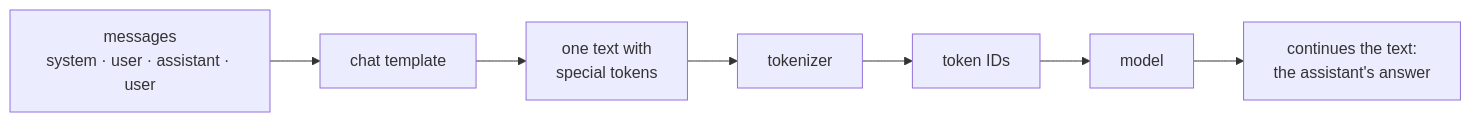
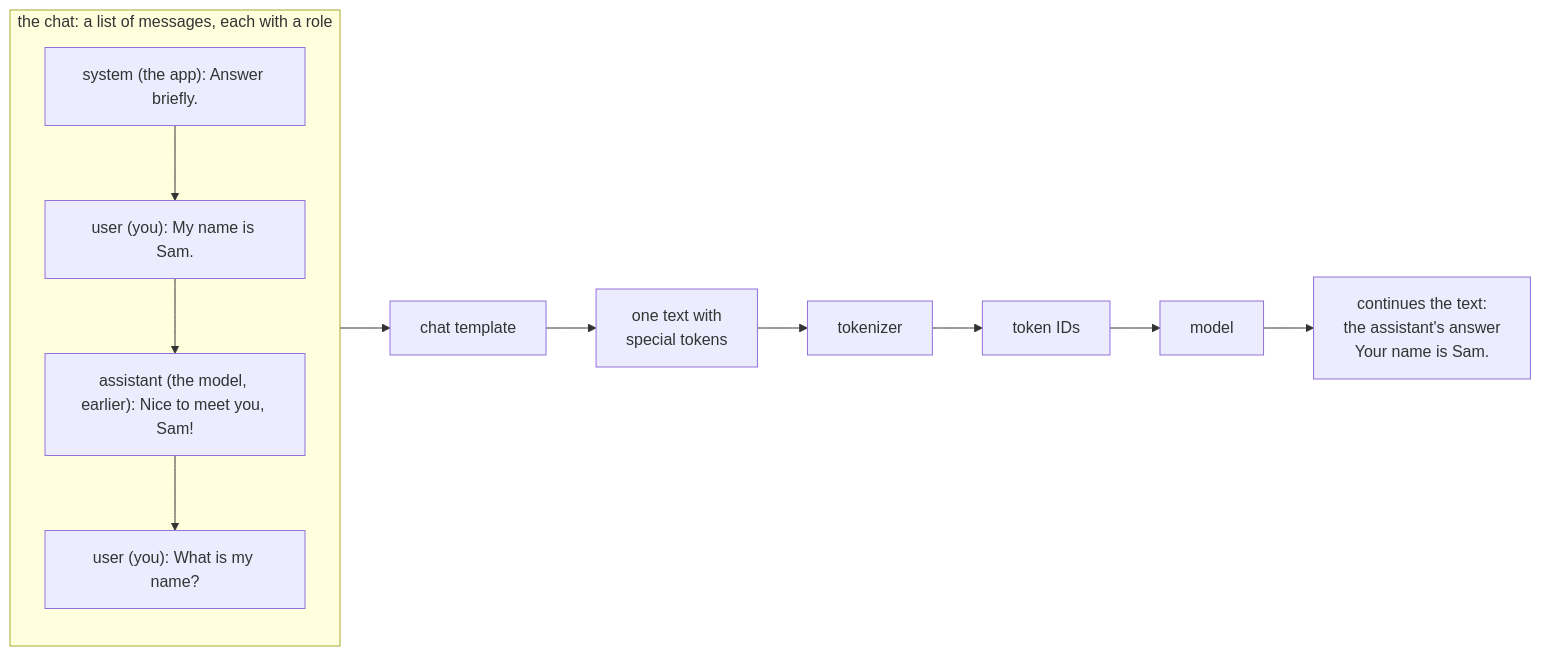
The diagram in docs/05-chat-templates.md (samuponz/llm-playground), drawn with Mermaid before and after one commit. The commit also changed other lines of this file, not shown here.

Commit message:
Show example messages and roles in the chat template diagram

````diff
--- a/docs/05-chat-templates.md
+++ b/docs/05-chat-templates.md
@@ -7,7 +7,15 @@
 ```mermaid
 flowchart LR
-    M["messages<br/>system · user · assistant · user"] --> T[chat template]
+    subgraph M["the chat: a list of messages, each with a role"]
+        direction TB
+        S["system (the app): Answer briefly."]
+        U1["user (you): My name is Sam."]
+        A1["assistant (the model, earlier): Nice to meet you, Sam!"]
+        U2["user (you): What is my name?"]
+        S --> U1 --> A1 --> U2
+    end
+    M --> T[chat template]
     T --> X["one text with<br/>special tokens"]
     X --> K[tokenizer] --> I[token IDs] --> L[model]
-    L --> A["continues the text:<br/>the assistant's answer"]
+    L --> A["continues the text:<br/>the assistant's answer<br/>Your name is Sam."]
 ```
````
